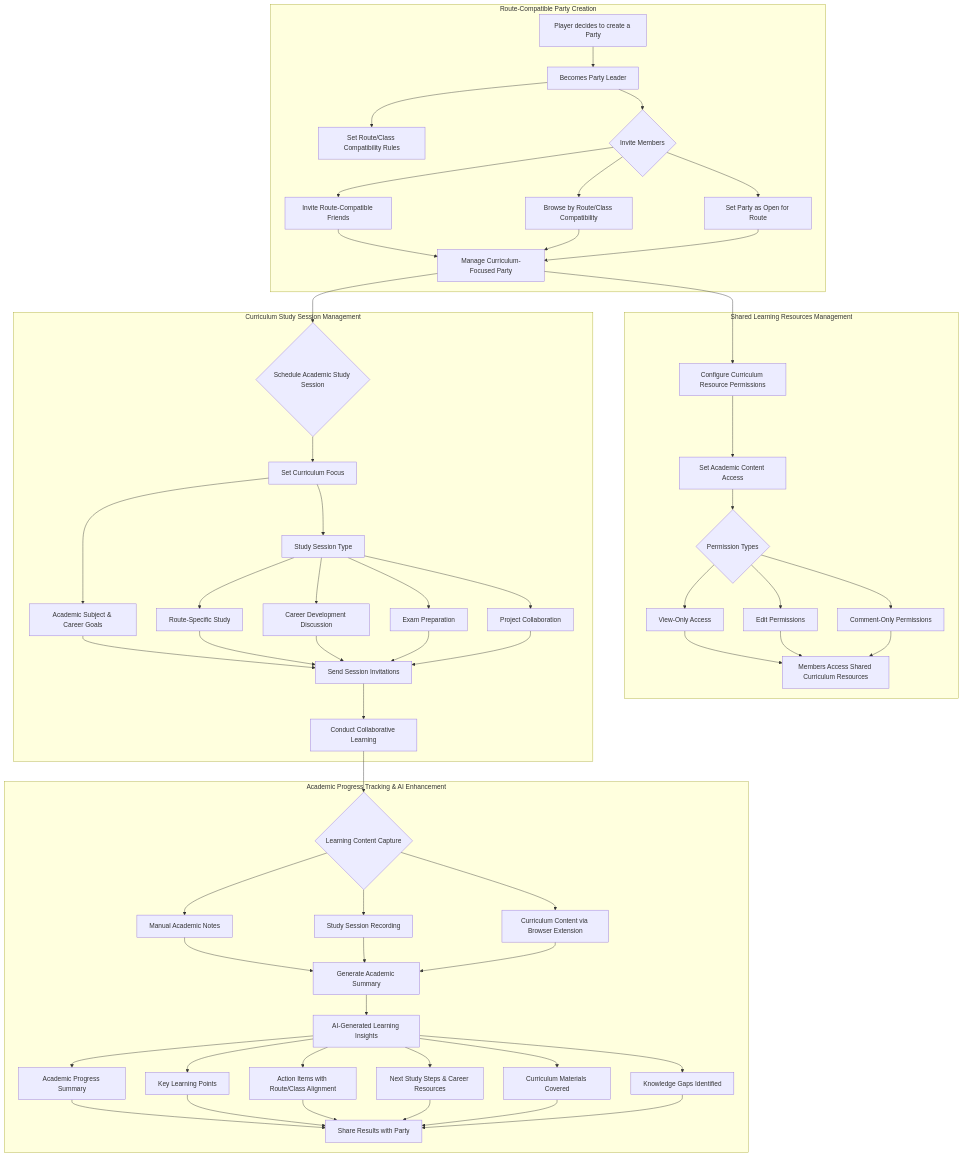
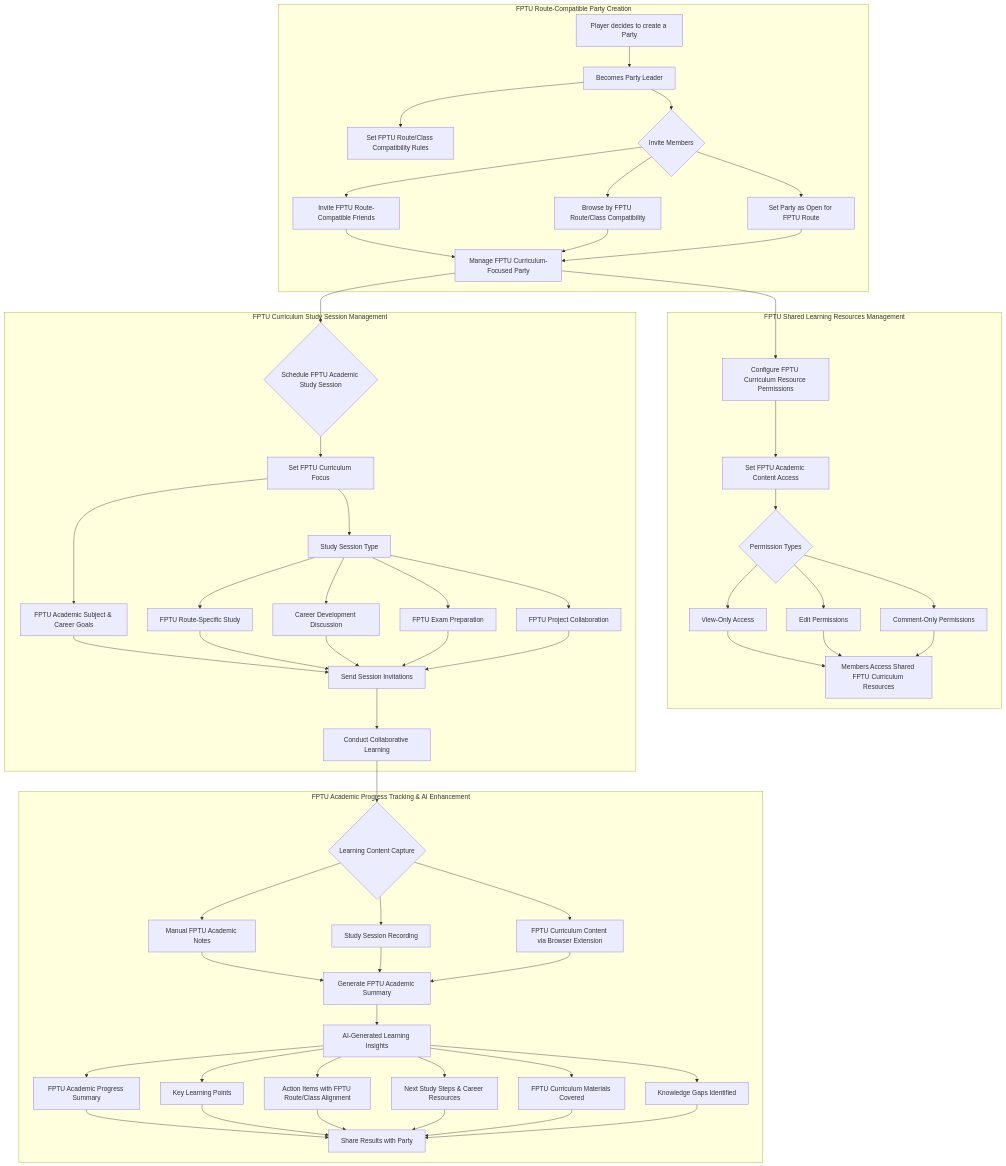
The second of 3 diagrams in docs/prd/user-flows.md (FA25SE050-RogueLearn/RogueLearn.BMAD.Documentation), drawn with Mermaid before and after one commit. The commit also changed other lines of this file and 4 other files, not shown here.

First line of the commit message:
feat(docs): enhance PRD with FPTU student verification and academic integration

````diff
--- a/docs/prd/user-flows.md
+++ b/docs/prd/user-flows.md
@@ -120,66 +164,66 @@
 ```mermaid
 graph TD
-    subgraph "Route-Compatible Party Creation"
+    subgraph "FPTU Route-Compatible Party Creation"
         A[Player decides to create a Party] --> B[Becomes Party Leader];
-        B --> C[Set Route/Class Compatibility Rules];
+        B --> C[Set FPTU Route/Class Compatibility Rules];
         B --> D{Invite Members};
-        D --> E[Invite Route-Compatible Friends];
-        D --> F[Browse by Route/Class Compatibility];
-        D --> G[Set Party as Open for Route];
-        E --> H[Manage Curriculum-Focused Party];
+        D --> E[Invite FPTU Route-Compatible Friends];
+        D --> F[Browse by FPTU Route/Class Compatibility];
+        D --> G[Set Party as Open for FPTU Route];
+        E --> H[Manage FPTU Curriculum-Focused Party];
         F --> H;
         G --> H;
     end
 
-    subgraph "Shared Learning Resources Management"
-        H --> I[Configure Curriculum Resource Permissions];
-        I --> J[Set Academic Content Access];
+    subgraph "FPTU Shared Learning Resources Management"
+        H --> I[Configure FPTU Curriculum Resource Permissions];
+        I --> J[Set FPTU Academic Content Access];
         J --> K{Permission Types};
         K --> L[View-Only Access];
         K --> M[Edit Permissions];
         K --> N[Comment-Only Permissions];
-        L --> O[Members Access Shared Curriculum Resources];
+        L --> O[Members Access Shared FPTU Curriculum Resources];
         M --> O;
         N --> O;
     end
 
-    subgraph "Curriculum Study Session Management"
-        H --> P{Schedule Academic Study Session};
-        P --> Q[Set Curriculum Focus];
-        Q --> Q1[Academic Subject & Career Goals];
+    subgraph "FPTU Curriculum Study Session Management"
+        H --> P{Schedule FPTU Academic Study Session};
+        P --> Q[Set FPTU Curriculum Focus];
+        Q --> Q1[FPTU Academic Subject & Career Goals];
         Q --> Q2[Study Session Type];
-        Q2 --> Q3[Route-Specific Study];
+        Q2 --> Q3[FPTU Route-Specific Study];
         Q2 --> Q4[Career Development Discussion];
-        Q2 --> Q5[Exam Preparation];
-        Q2 --> Q6[Project Collaboration];
+        Q2 --> Q5[FPTU Exam Preparation];
+        Q2 --> Q6[FPTU Project Collaboration];
         Q1 --> R[Send Session Invitations];
         Q3 --> R;
         Q4 --> R;
         Q5 --> R;
         Q6 --> R;
         R --> S[Conduct Collaborative Learning];
     end
 
-    subgraph "Academic Progress Tracking & AI Enhancement"
+    subgraph "FPTU Academic Progress Tracking & AI Enhancement"
         S --> T{Learning Content Capture};
-        T --> U[Manual Academic Notes];
+        T --> U[Manual FPTU Academic Notes];
         T --> V[Study Session Recording];
-        T --> W[Curriculum Content via Browser Extension];
-        U --> X[Generate Academic Summary];
+        T --> W[FPTU Curriculum Content via Browser Extension];
+        U --> X[Generate FPTU Academic Summary];
         V --> X;
         W --> X;
         X --> Y[AI-Generated Learning Insights];
-        Y --> Z[Academic Progress Summary];
+        Y --> Z[FPTU Academic Progress Summary];
         Y --> AA[Key Learning Points];
-        Y --> BB[Action Items with Route/Class Alignment];
+        Y --> BB[Action Items with FPTU Route/Class Alignment];
         Y --> CC[Next Study Steps & Career Resources];
-        Y --> DD[Curriculum Materials Covered];
+        Y --> DD[FPTU Curriculum Materials Covered];
         Y --> EE[Knowledge Gaps Identified];
         Z --> FF[Share Results with Party];
         AA --> FF;
         BB --> FF;
         CC --> FF;
         DD --> FF;
         EE --> FF;
     end
 ```
````
